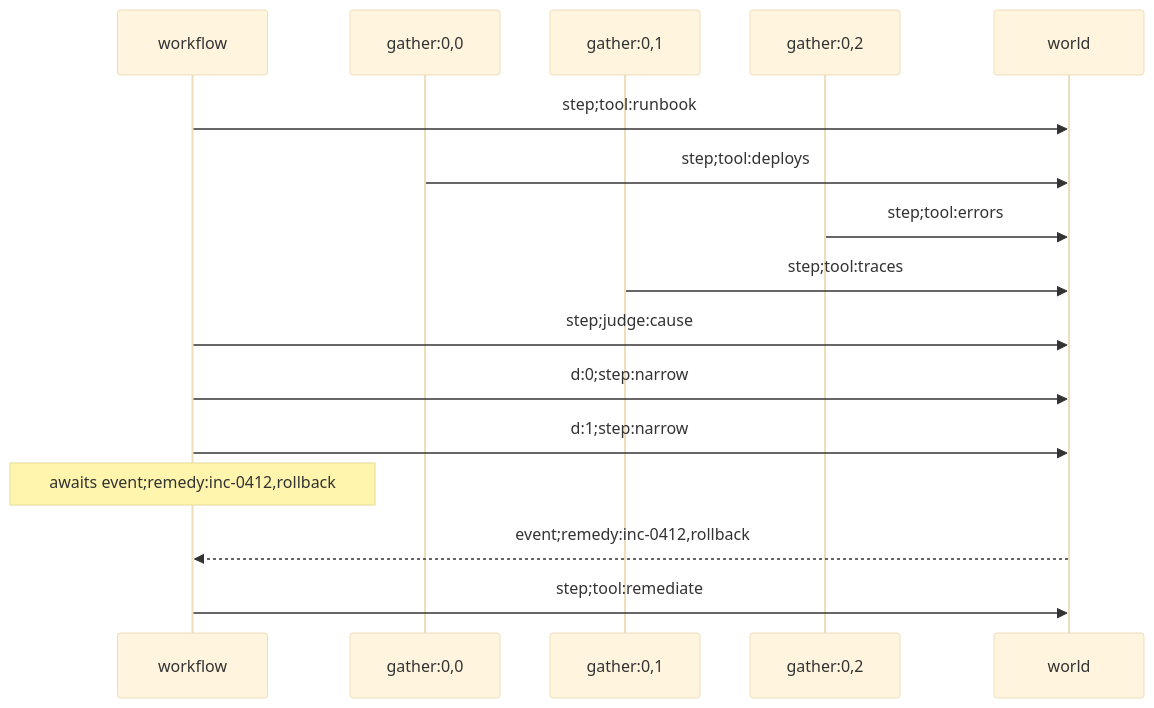
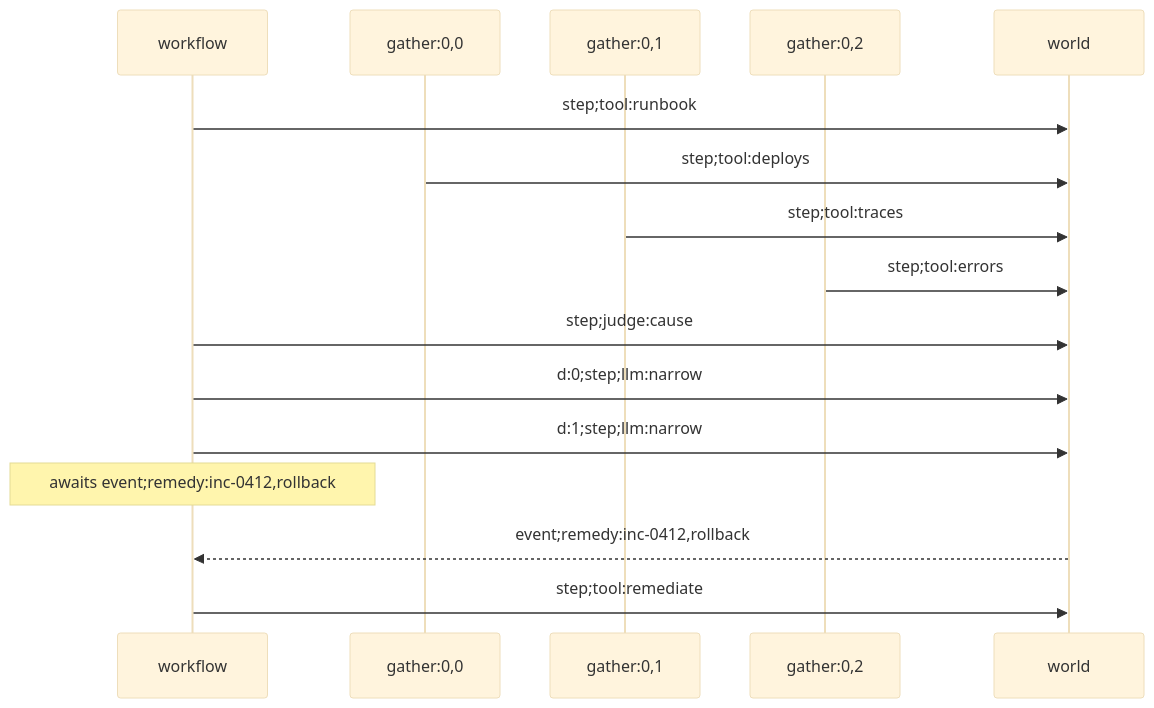
One commit to jimbaker/effective changed the fifth of 11 diagrams in wiki/concepts/building-with-effective.md. Above: the diagram before and after it, drawn with Mermaid (base theme). The commit also changed other lines of this file and 183 other files, not shown here.

````diff
--- a/wiki/concepts/building-with-effective.md
+++ b/wiki/concepts/building-with-effective.md
@@ -161,18 +161,18 @@
 ```mermaid
 sequenceDiagram
   participant run as workflow
   participant b1 as gather:0,0
   participant b2 as gather:0,1
   participant b3 as gather:0,2
   participant world
   run->>world: step#59;tool:runbook
   b1->>world: step#59;tool:deploys
+  b2->>world: step#59;tool:traces
   b3->>world: step#59;tool:errors
-  b2->>world: step#59;tool:traces
   run->>world: step#59;judge:cause
-  run->>world: d:0#59;step:narrow
-  run->>world: d:1#59;step:narrow
+  run->>world: d:0#59;step#59;llm:narrow
+  run->>world: d:1#59;step#59;llm:narrow
   Note over run: awaits event#59;remedy:inc-0412,rollback
   world-->>run: event#59;remedy:inc-0412,rollback
   run->>world: step#59;tool:remediate
 ```
````
